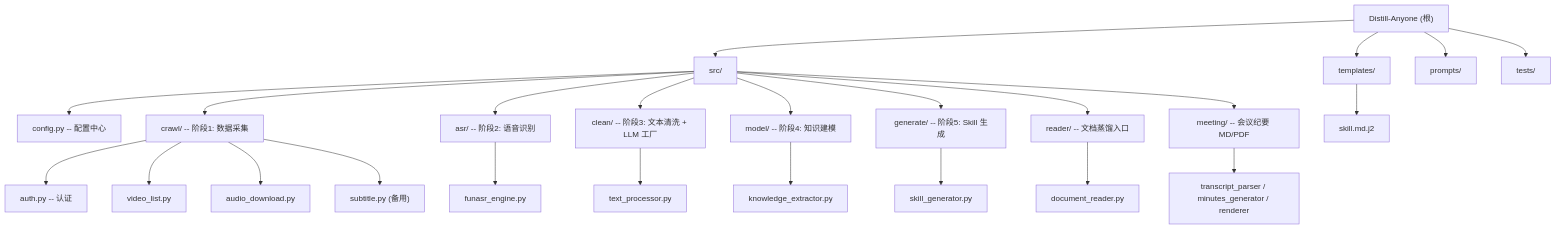
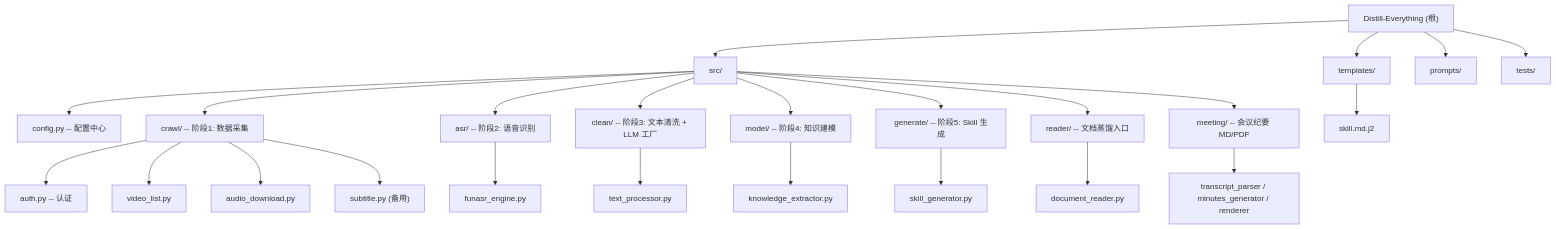
Before and after one commit to AITCX08/Distill-Anyone: the diagram in CLAUDE.md, drawn with Mermaid. The commit also changed other lines of this file and 24 other files, not shown here.

Commit message:
refactor: rename product identifiers to distill-everything

````diff
--- a/CLAUDE.md
+++ b/CLAUDE.md
@@ -60,34 +60,34 @@
 ```mermaid
 graph TD
-    A["Distill-Anyone (根)"] --> B["src/"]
+    A["Distill-Everything (根)"] --> B["src/"]
     A --> C["templates/"]
     A --> D["prompts/"]
     A --> T["tests/"]
     B --> E["config.py -- 配置中心"]
     B --> F["crawl/ -- 阶段1: 数据采集"]
     B --> G["asr/ -- 阶段2: 语音识别"]
     B --> H["clean/ -- 阶段3: 文本清洗 + LLM 工厂"]
     B --> I["model/ -- 阶段4: 知识建模"]
     B --> J["generate/ -- 阶段5: Skill 生成"]
     B --> R["reader/ -- 文档蒸馏入口"]
     B --> M["meeting/ -- 会议纪要 MD/PDF"]
     F --> F0["auth.py -- 认证"]
     F --> F1["video_list.py"]
     F --> F2["audio_download.py"]
     F --> F3["subtitle.py (备用)"]
     G --> G1["funasr_engine.py"]
     H --> H1["text_processor.py"]
     I --> I1["knowledge_extractor.py"]
     J --> J1["skill_generator.py"]
     R --> R1["document_reader.py"]
     M --> M1["transcript_parser / minutes_generator / renderer"]
     C --> C1["skill.md.j2"]
 
     click F "./src/crawl/CLAUDE.md" "查看 crawl 模块文档"
     click G "./src/asr/CLAUDE.md" "查看 asr 模块文档"
     click H "./src/clean/CLAUDE.md" "查看 clean 模块文档"
     click I "./src/model/CLAUDE.md" "查看 model 模块文档"
     click J "./src/generate/CLAUDE.md" "查看 generate 模块文档"
     click R "./src/reader/CLAUDE.md" "查看 reader 模块文档"
     click M "./src/meeting/CLAUDE.md" "查看 meeting 模块文档"
 ```
````
